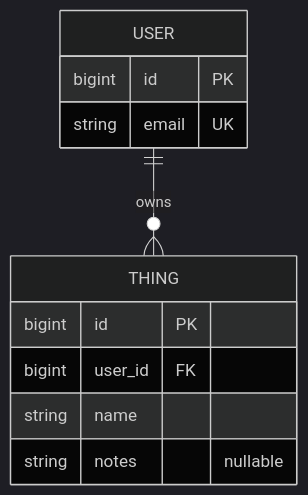
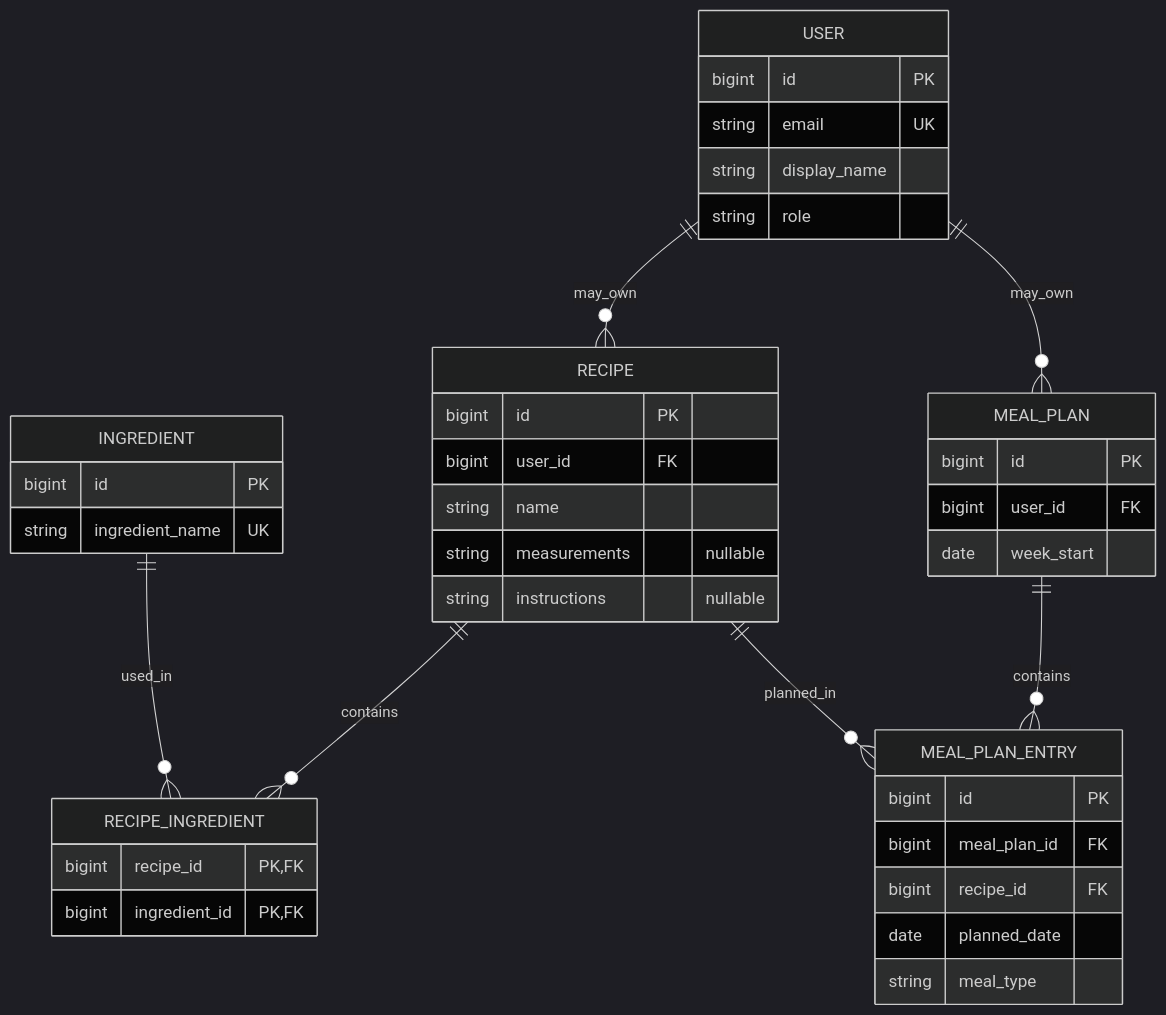
The diagram in docs/proposal.md (Solian21/CST438_P2_API), drawn with Mermaid (dark theme) before and after one commit. The commit also changed other lines of this file, not shown here.

Commit message:
Updated the ER Sketch and Resources

````diff
--- a/docs/proposal.md
+++ b/docs/proposal.md
@@ -16,14 +19,48 @@
 ```mermaid
 erDiagram
-    USER ||--o{ THING : owns
+    USER ||--o{ RECIPE : may_own
+    USER ||--o{ MEAL_PLAN : may_own
+    RECIPE ||--o{ RECIPE_INGREDIENT : contains
+    INGREDIENT ||--o{ RECIPE_INGREDIENT : used_in
+    MEAL_PLAN ||--o{ MEAL_PLAN_ENTRY : contains
+    RECIPE ||--o{ MEAL_PLAN_ENTRY : planned_in
+
     USER {
         bigint id PK
         string email UK
+        string display_name
+        string role
     }
-    THING {
+
+    RECIPE {
         bigint id PK
         bigint user_id FK
         string name
-        string notes "nullable"
+        string measurements "nullable"
+        string instructions "nullable"
+    }
+
+    INGREDIENT {
+        bigint id PK
+        string ingredient_name UK
+    }
+
+    RECIPE_INGREDIENT {
+        bigint recipe_id PK, FK
+        bigint ingredient_id PK, FK
+    }
+
+    MEAL_PLAN {
+        bigint id PK
+        bigint user_id FK
+        date week_start
+    }
+
+    MEAL_PLAN_ENTRY {
+        bigint id PK
+        bigint meal_plan_id FK
+        bigint recipe_id FK
+        date planned_date
+        string meal_type
     }
 ```
````
